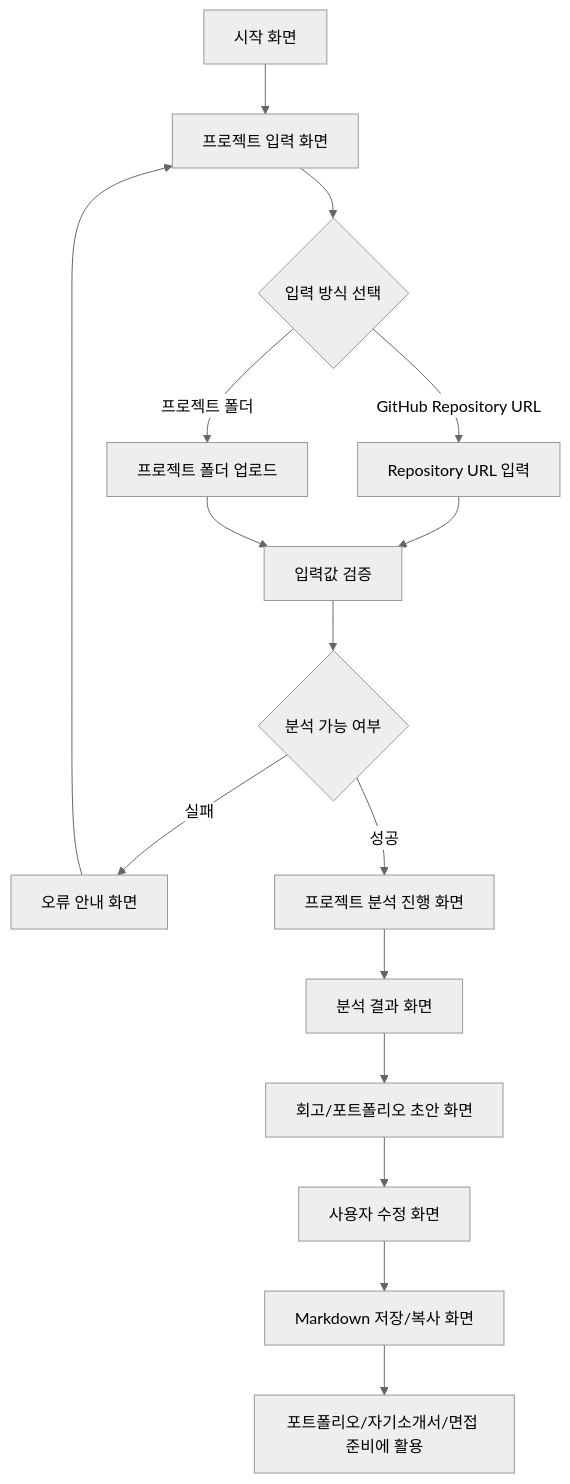
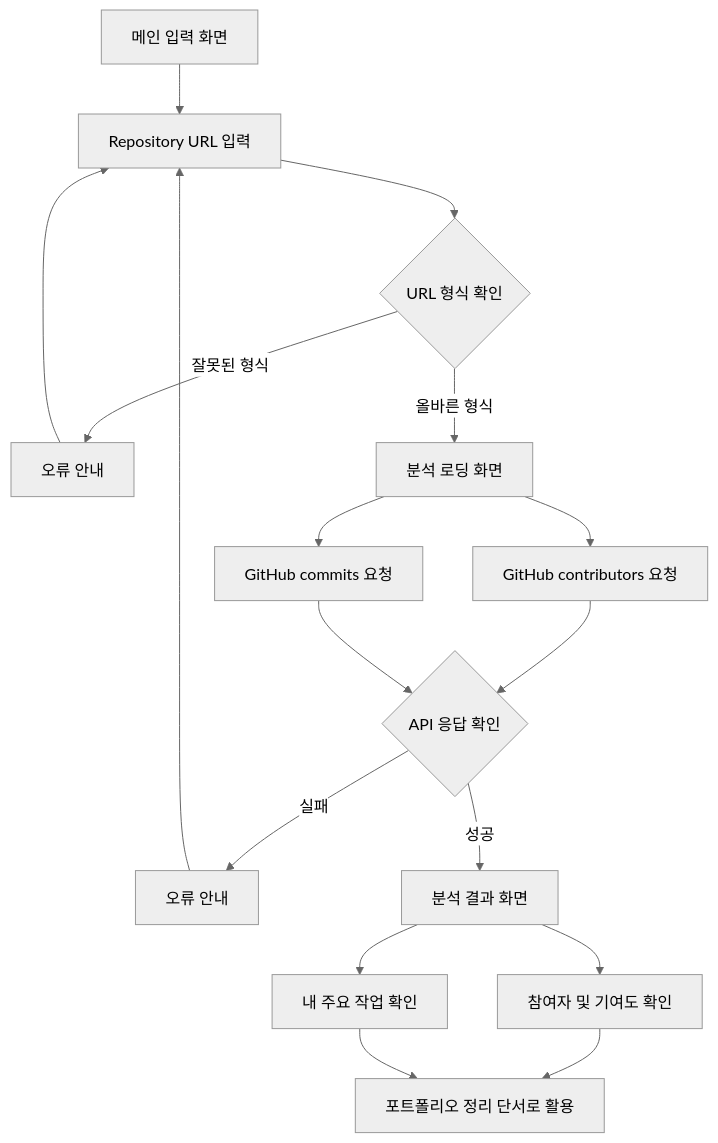
Before and after one commit to Mureung1/hub-showcase: the diagram in docs/plan.md, drawn with Mermaid (neutral theme). The commit also changed other lines of this file and 1 other file, not shown here.

````diff
--- a/docs/plan.md
+++ b/docs/plan.md
@@ -94,18 +108,19 @@
 ```mermaid
 flowchart TD
-    A[시작 화면] --> B[프로젝트 입력 화면]
-    B --> C{입력 방식 선택}
-    C -->|GitHub Repository URL| D[Repository URL 입력]
-    C -->|프로젝트 폴더| E[프로젝트 폴더 업로드]
-    D --> F[입력값 검증]
-    E --> F
-    F --> G{분석 가능 여부}
-    G -->|실패| H[오류 안내 화면]
-    H --> B
-    G -->|성공| I[프로젝트 분석 진행 화면]
-    I --> J[분석 결과 화면]
-    J --> K[회고/포트폴리오 초안 화면]
-    K --> L[사용자 수정 화면]
-    L --> M[Markdown 저장/복사 화면]
-    M --> N[포트폴리오/자기소개서/면접 준비에 활용]
+    A[메인 입력 화면] --> B[Repository URL 입력]
+    B --> C{URL 형식 확인}
+    C -->|잘못된 형식| D[오류 안내]
+    D --> B
+    C -->|올바른 형식| E[분석 로딩 화면]
+    E --> F[GitHub contributors 요청]
+    E --> G[GitHub commits 요청]
+    F --> H{API 응답 확인}
+    G --> H
+    H -->|실패| I[오류 안내]
+    I --> B
+    H -->|성공| J[분석 결과 화면]
+    J --> K[참여자 및 기여도 확인]
+    J --> L[내 주요 작업 확인]
+    K --> M[포트폴리오 정리 단서로 활용]
+    L --> M
 ```
````
